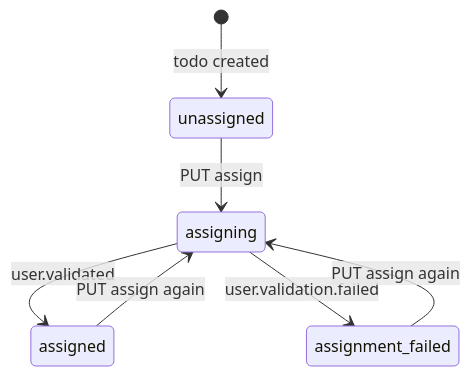
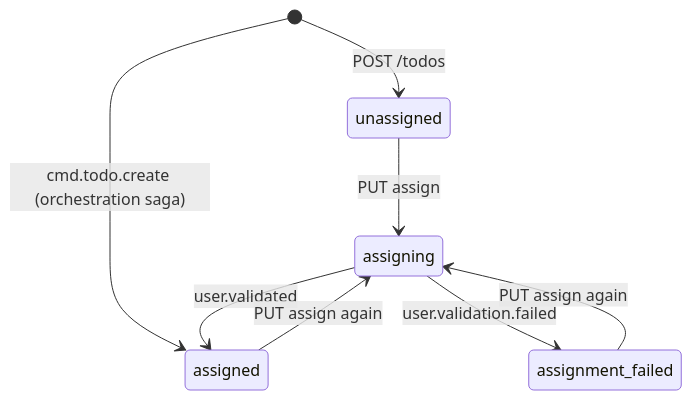
The tenth of 10 diagrams in docs/architecture.md (EotronRM/todo-microservices-example), drawn with Mermaid before and after one commit. The commit also changed other lines of this file and 6 other files, not shown here.

First line of the commit message:
Assign the user to the todo created by the orchestration saga

````diff
--- a/docs/architecture.md
+++ b/docs/architecture.md
@@ -335,9 +335,10 @@
 ```mermaid
 stateDiagram-v2
-    [*] --> unassigned: todo created
+    [*] --> unassigned: POST /todos
+    [*] --> assigned: cmd.todo.create (orchestration saga)
     unassigned --> assigning: PUT assign
     assigning --> assigned: user.validated
     assigning --> assignment_failed: user.validation.failed
     assigned --> assigning: PUT assign again
     assignment_failed --> assigning: PUT assign again
 ```
````
